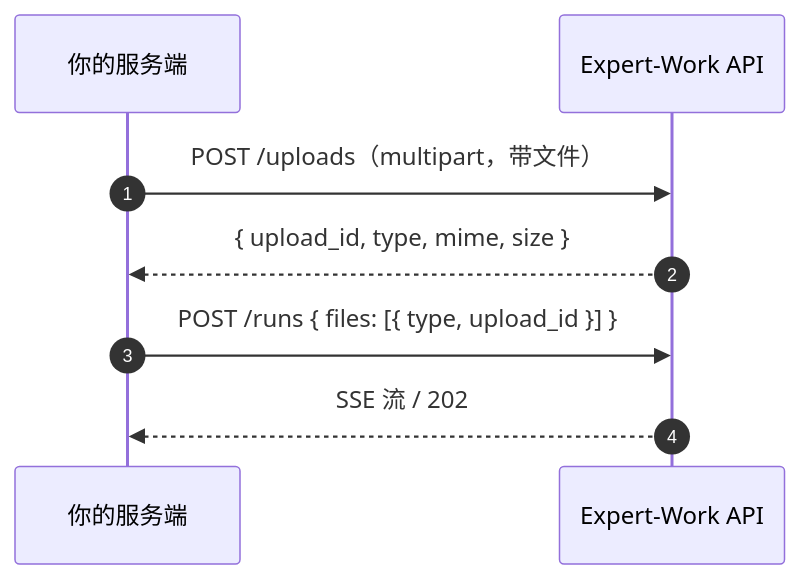
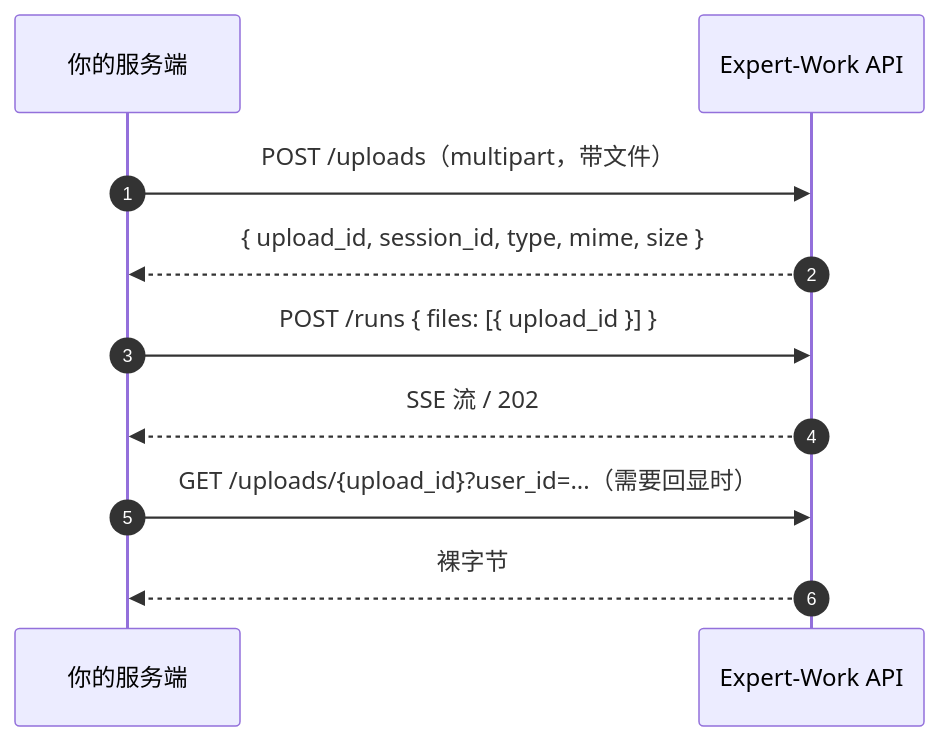
Before and after one commit to deepaihealth/expert-work: the third of 3 diagrams in apps/admin-ui/docs-site/guide/chat.md, drawn with Mermaid. The commit also changed other lines of this file and 3 other files, not shown here.

````diff
--- a/apps/admin-ui/docs-site/guide/chat.md
+++ b/apps/admin-ui/docs-site/guide/chat.md
@@ -137,10 +136,12 @@
 ```mermaid
 sequenceDiagram
     autonumber
     participant S as 你的服务端
     participant E as Expert-Work API
     S->>E: POST /uploads（multipart，带文件）
-    E-->>S: { upload_id, type, mime, size }
-    S->>E: POST /runs { files: [{ type, upload_id }] }
+    E-->>S: { upload_id, session_id, type, mime, size }
+    S->>E: POST /runs { files: [{ upload_id }] }
     E-->>S: SSE 流 / 202
+    S->>E: GET /uploads/{upload_id}?user_id=...（需要回显时）
+    E-->>S: 裸字节
 ```
````
